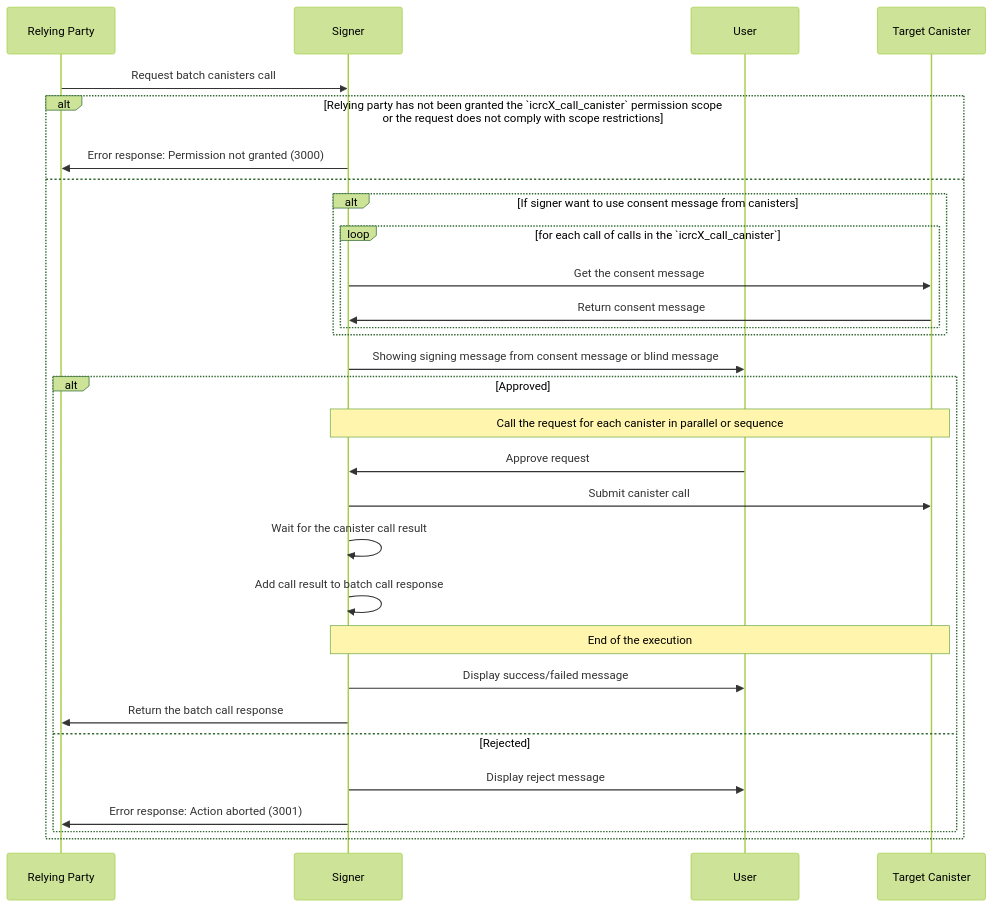
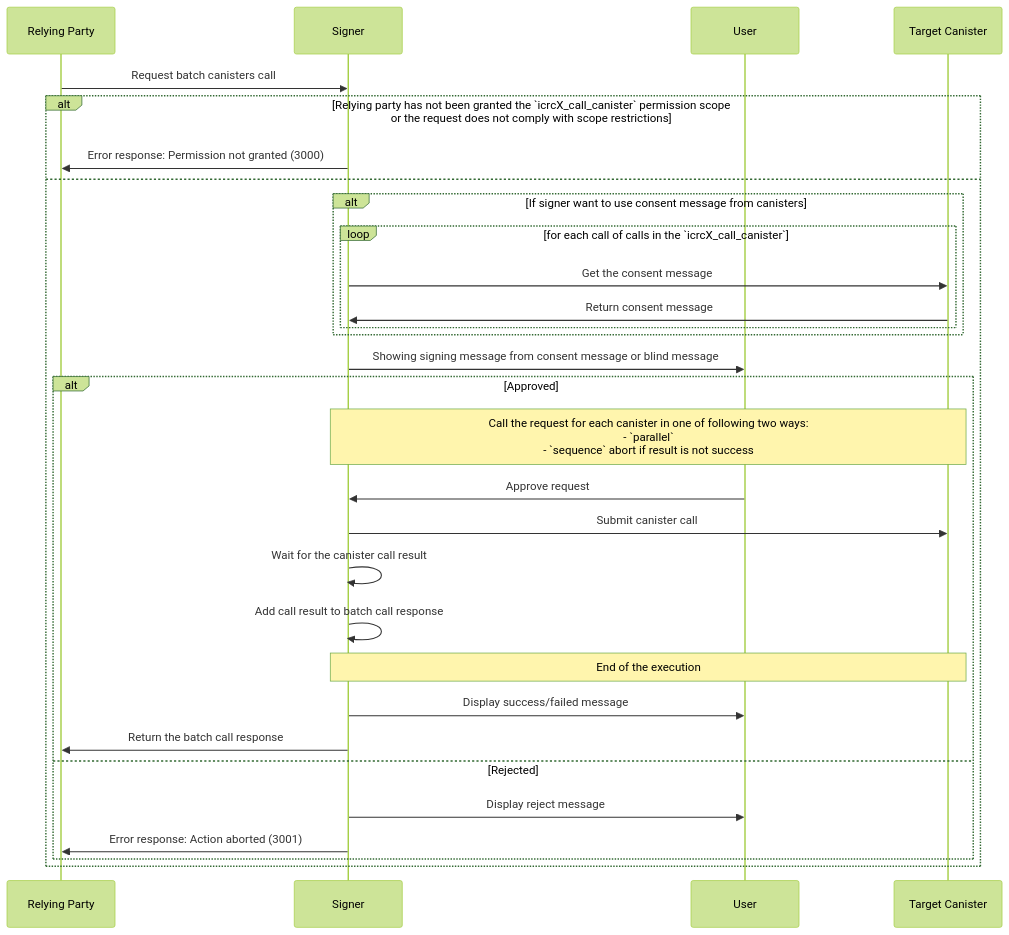
Before and after one commit to dfinity/wg-identity-authentication: the diagram in topics/icrc_X_multiple_canister_call.md, drawn with Mermaid (forest theme).

````diff
--- a/topics/icrc_X_multiple_canister_call.md
+++ b/topics/icrc_X_multiple_canister_call.md
@@ -39,41 +39,41 @@
 ```mermaid
 sequenceDiagram
     participant RP as Relying Party
     participant S as Signer
     participant U as User
     participant C as Target Canister
 
     RP ->> S: Request batch canisters call
     alt Relying party has not been granted the `icrcX_call_canister` permission scope<br>or the request does not comply with scope restrictions
         S ->> RP: Error response: Permission not granted (3000)
     else
 
         alt If signer want to use consent message from canisters
             loop for each call of calls in the `icrcX_call_canister`
                 S ->> C: Get the consent message
                 C ->> S: Return consent message
             end
         end
 
         S ->> U: Showing signing message from consent message or blind message
 
 
         alt Approved
 
-            Note over S,C: Call the request for each canister in parallel or sequence
+            Note over S,C: Call the request for each canister in one of following two ways: <br/> - `parallel` <br /> - `sequence` abort if result is not success
+                %% this is a comment 
                 U ->> S: Approve request
                 S ->> C: Submit canister call
                 S ->> S: Wait for the canister call result
                 S ->> S: Add call result to batch call response
             Note over S,C: End of the execution
-
+        
         S ->> U: Display success/failed message
         S ->> RP: Return the batch call response
-
-
+            
         else Rejected
              S ->> U: Display reject message
             S ->> RP: Error response: Action aborted (3001)
         end
     end
 ```
````
